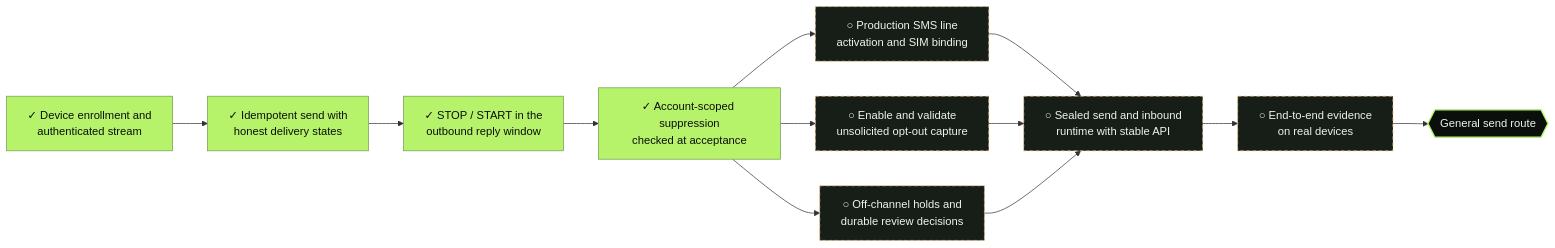
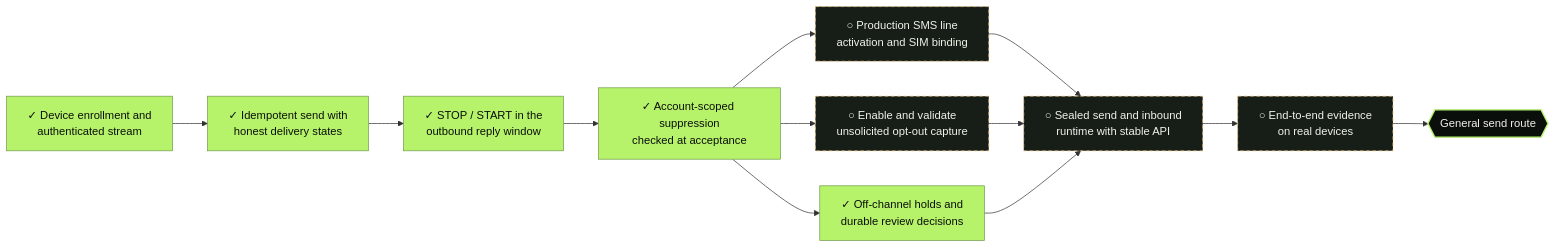
The second of 4 diagrams in docs/ROADMAP.md (pboachie/zrotext), drawn with Mermaid before and after one commit. The commit also changed other lines of this file and 2 other files, not shown here.

Commit message:
Sync the roadmap with the merged opt-out and SMS line wave

````diff
--- a/docs/ROADMAP.md
+++ b/docs/ROADMAP.md
@@ -66,25 +66,25 @@
 ```mermaid
 flowchart LR
     classDef done fill:#b6f36a,stroke:#6f9b4b,color:#0b0f0c
     classDef open fill:#161e17,stroke:#edbe70,color:#f0f3e9,stroke-dasharray:5 4
     classDef gate fill:#0b0f0c,stroke:#b6f36a,color:#f0f3e9,stroke-width:2px
 
     g0_0["✓ Device enrollment and<br/>authenticated stream"]:::done
     g1_0["✓ Idempotent send with<br/>honest delivery states"]:::done
     g2_0["✓ STOP / START in the<br/>outbound reply window"]:::done
     g3_0["✓ Account-scoped suppression<br/>checked at acceptance"]:::done
     g4_0["○ Production SMS line<br/>activation and SIM binding"]:::open
     g4_1["○ Enable and validate<br/>unsolicited opt-out capture"]:::open
-    g4_2["○ Off-channel holds and<br/>durable review decisions"]:::open
+    g4_2["✓ Off-channel holds and<br/>durable review decisions"]:::done
     g5_0["○ Sealed send and inbound<br/>runtime with stable API"]:::open
     g6_0["○ End-to-end evidence<br/>on real devices"]:::open
     G{{"General send route"}}:::gate
 
     g0_0 --> g1_0
     g1_0 --> g2_0
     g2_0 --> g3_0
     g3_0 --> g4_0 & g4_1 & g4_2
     g4_0 & g4_1 & g4_2 --> g5_0
     g5_0 --> g6_0
     g6_0 --> G
 ```
````
